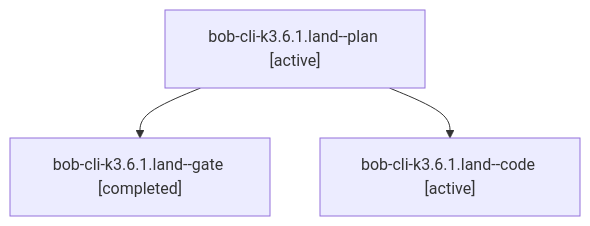
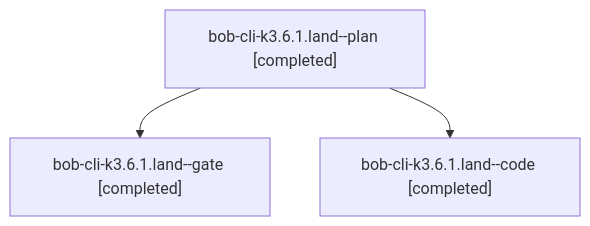
Before and after one commit to bobs-org/bob-cli--agents: the diagram in sessions/bbugyi200.athena.bob-cli-k3.6.1.land.md, drawn with Mermaid. The commit also changed other lines of this file and 73 other files, not shown here.

````diff
--- a/sessions/bbugyi200.athena.bob-cli-k3.6.1.land.md
+++ b/sessions/bbugyi200.athena.bob-cli-k3.6.1.land.md
@@ -9,8 +9,8 @@
 ```mermaid
 flowchart TD
-  n0["bob-cli-k3.6.1.land--plan [active]"]
+  n0["bob-cli-k3.6.1.land--plan [completed]"]
   n1["bob-cli-k3.6.1.land--gate [completed]"]
   n0 --> n1
-  n2["bob-cli-k3.6.1.land--code [active]"]
+  n2["bob-cli-k3.6.1.land--code [completed]"]
   n0 --> n2
 ```
````
